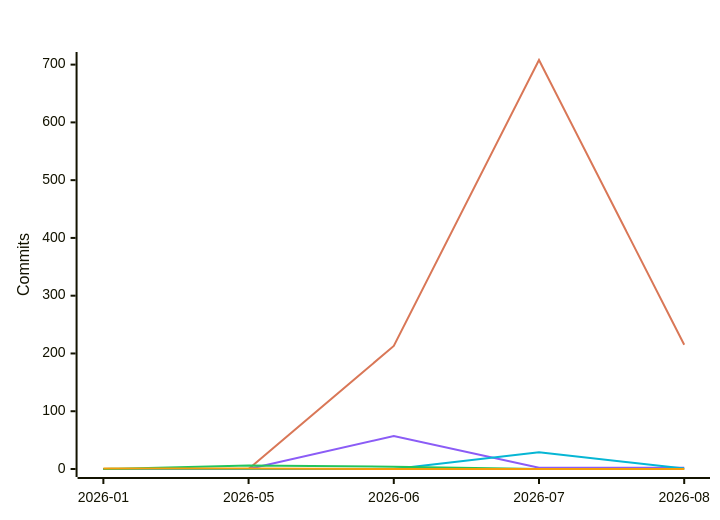
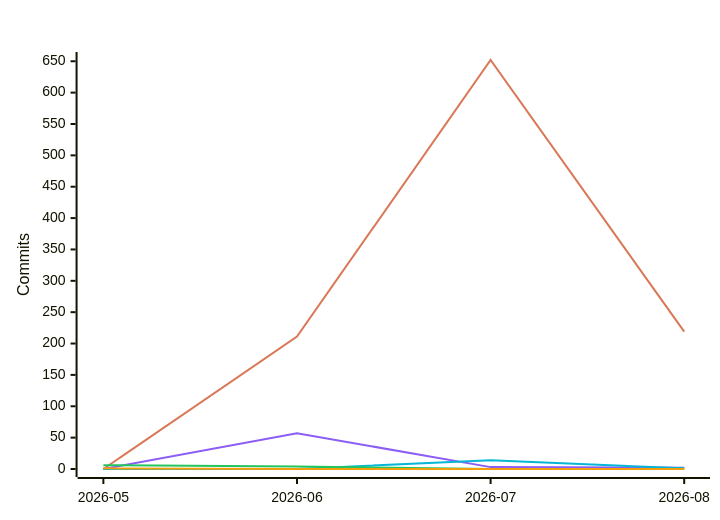
One commit to polo-nyan/polo-nyan changed the fifth of 7 diagrams in README.md. Above: the diagram before and after it, drawn with Mermaid. The commit also changed other lines of this file and 1 other file, not shown here.

````diff
--- a/README.md
+++ b/README.md
@@ -313,12 +313,12 @@
 ```mermaid
 %%{init: {"xyChart": {"titleColor": "#ffffff", "xAxisLabelColor": "#ffffff", "yAxisLabelColor": "#ffffff"}, "themeVariables": {"xyChart": {"titleColor": "#ffffff", "plotColorPalette": "#d97757, #8b5cf6, #06b6d4, #22c55e, #f59e0b, #ec4899"}}}}%%
 xychart-beta
     title "Commits Per Month by Model Family"
-    x-axis ["2026-01", "2026-05", "2026-06", "2026-07", "2026-08"]
+    x-axis ["2026-05", "2026-06", "2026-07", "2026-08"]
     y-axis "Commits"
-    line [0, 0, 213, 708, 215]
-    line [0, 0, 57, 2, 2]
-    line [0, 0, 0, 29, 1]
-    line [0, 6, 4, 0, 0]
-    line [1, 1, 0, 0, 0]
+    line [0, 211, 652, 219]
+    line [0, 57, 3, 2]
+    line [0, 0, 14, 1]
+    line [6, 4, 0, 0]
+    line [1, 0, 0, 0]
 ```
````
